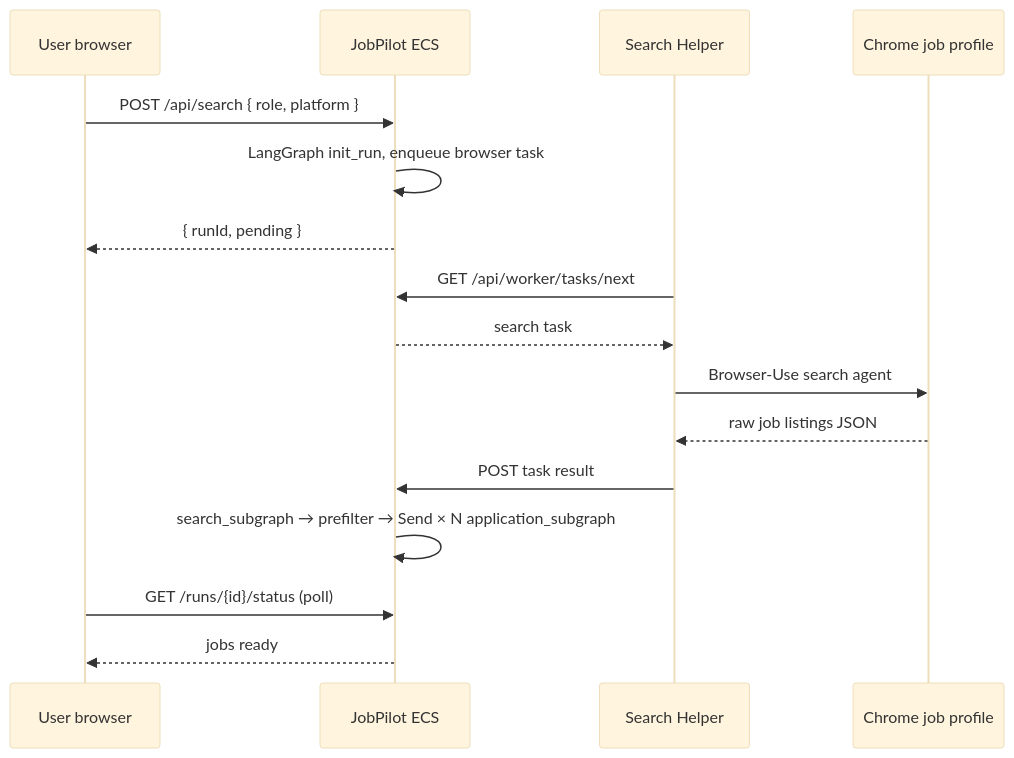
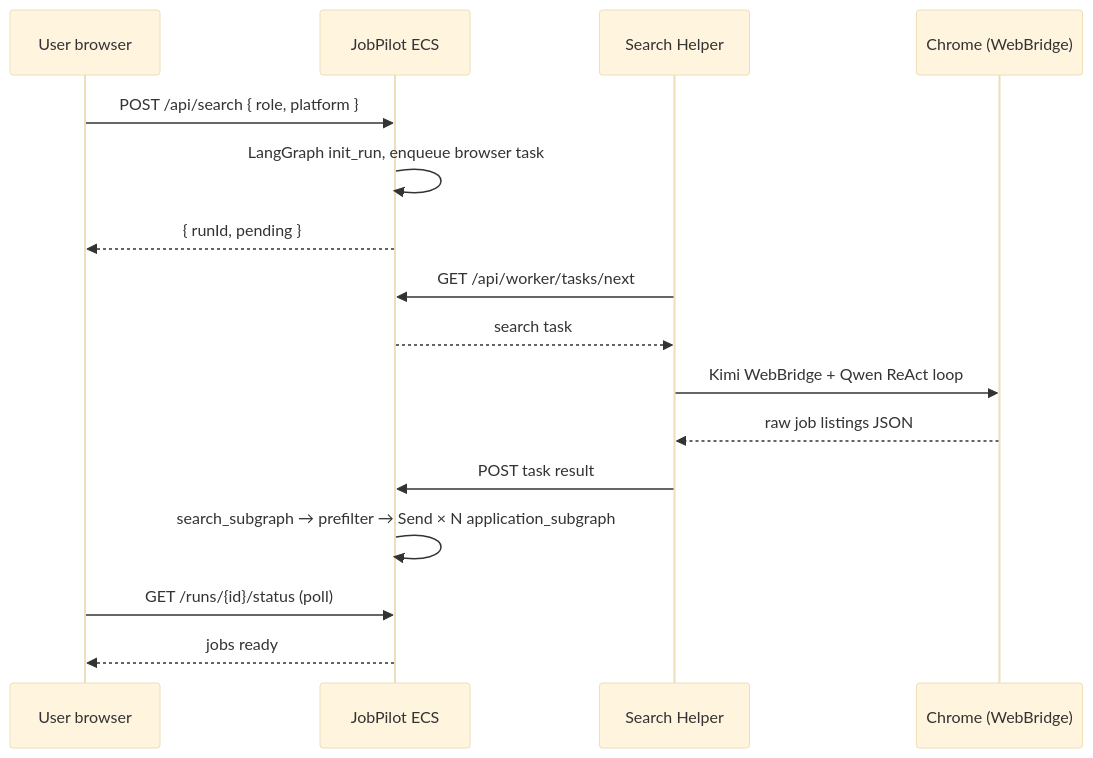
One commit to HamzaFayaz/JobPilot changed the first of 2 diagrams in System Design/jobpilot-agent-build-guide.md. Above: the diagram before and after it, drawn with Mermaid (base theme). The commit also changed other lines of this file and 23 other files, not shown here.

Commit message:
Refactor browser provider to Kimi WebBridge, replacing deprecated Browser-Use. Update documentation and configuration files to reflect changes in the Search Helper architecture and user setup. Ensure seamless integration with existing APIs and maintain user session continuity in Chrome.

````diff
--- a/System Design/jobpilot-agent-build-guide.md
+++ b/System Design/jobpilot-agent-build-guide.md
@@ -81,19 +84,19 @@
 ```mermaid
 sequenceDiagram
   participant U as User browser
   participant ECS as JobPilot ECS
   participant H as Search Helper
-  participant C as Chrome job profile
+  participant C as Chrome (WebBridge)
 
   U->>ECS: POST /api/search { role, platform }
   ECS->>ECS: LangGraph init_run, enqueue browser task
   ECS-->>U: { runId, pending }
   H->>ECS: GET /api/worker/tasks/next
   ECS-->>H: search task
-  H->>C: Browser-Use search agent
+  H->>C: Kimi WebBridge + Qwen ReAct loop
   C-->>H: raw job listings JSON
   H->>ECS: POST task result
   ECS->>ECS: search_subgraph → prefilter → Send × N application_subgraph
   U->>ECS: GET /runs/{id}/status (poll)
   ECS-->>U: jobs ready
 ```
````
